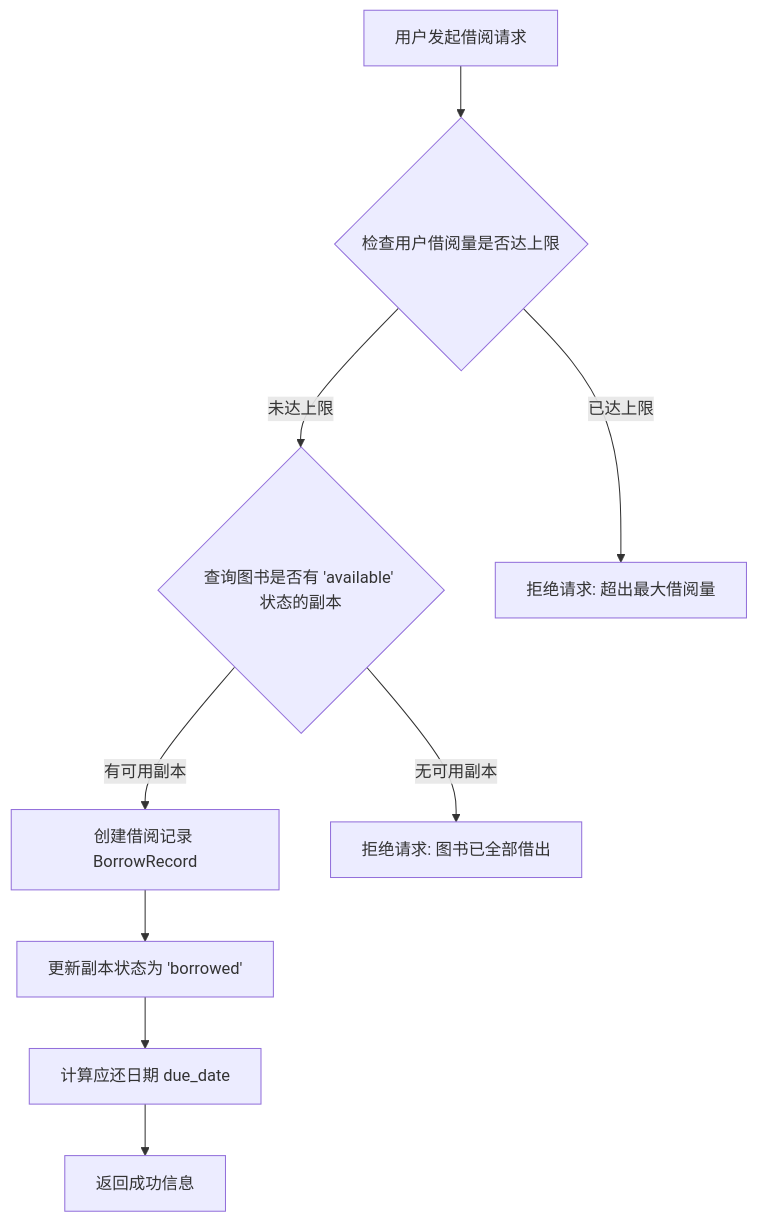
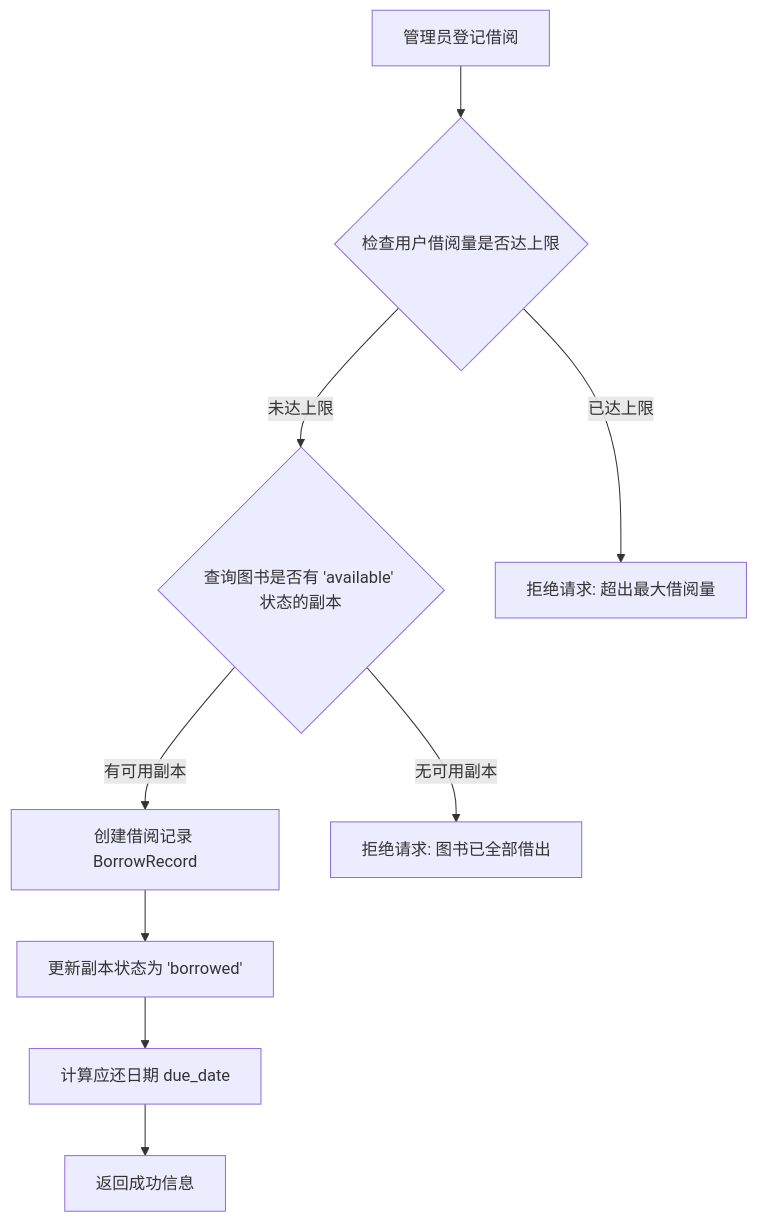
The fifth of 7 diagrams in README.md (Sereinxm/book-manger), drawn with Mermaid before and after one commit. The commit also changed other lines of this file and 18 other files, not shown here.

````diff
--- a/README.md
+++ b/README.md
@@ -483,11 +483,11 @@
 ```mermaid
 graph TD
-    A[用户发起借阅请求] --> B{检查用户借阅量是否达上限};
+    A[管理员登记借阅] --> B{检查用户借阅量是否达上限};
     B -- 未达上限 --> C{查询图书是否有 'available' 状态的副本};
     B -- 已达上限 --> H[拒绝请求: 超出最大借阅量];
     C -- 有可用副本 --> D[创建借阅记录 BorrowRecord];
     C -- 无可用副本 --> I[拒绝请求: 图书已全部借出];
     D --> E[更新副本状态为 'borrowed'];
     E --> F[计算应还日期 due_date];
     F --> G[返回成功信息];
 ```
````
